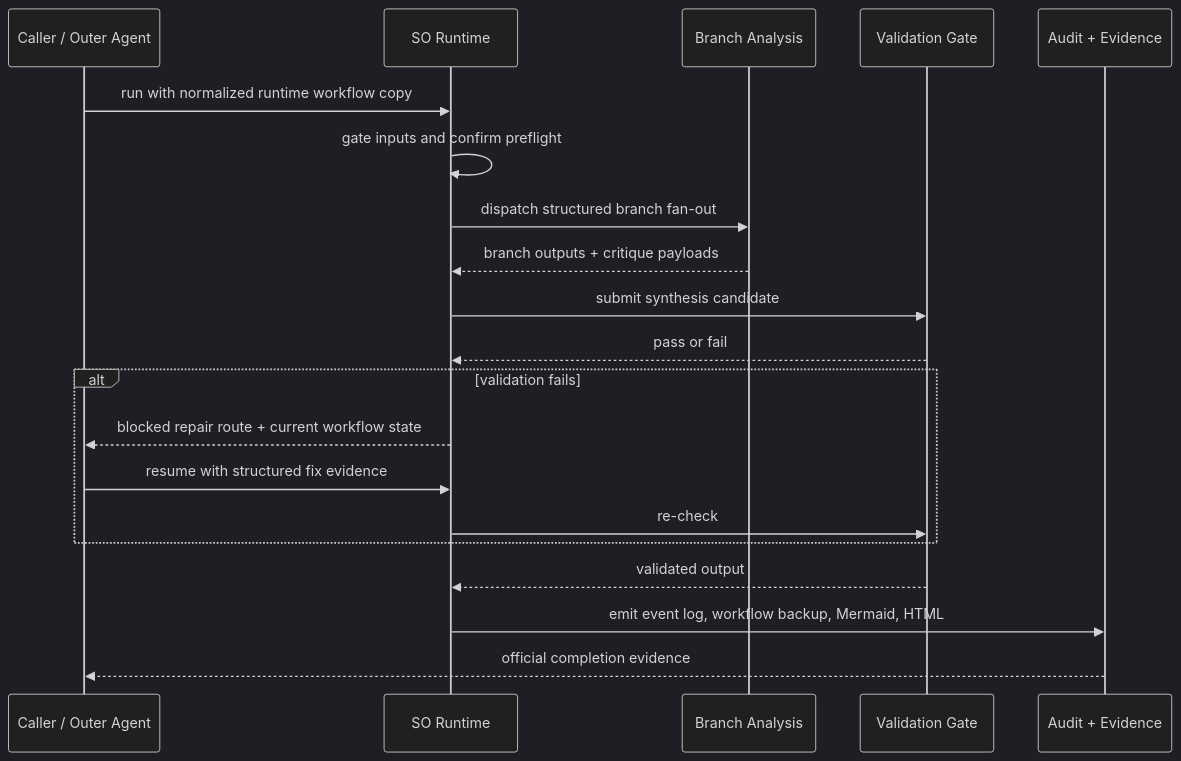
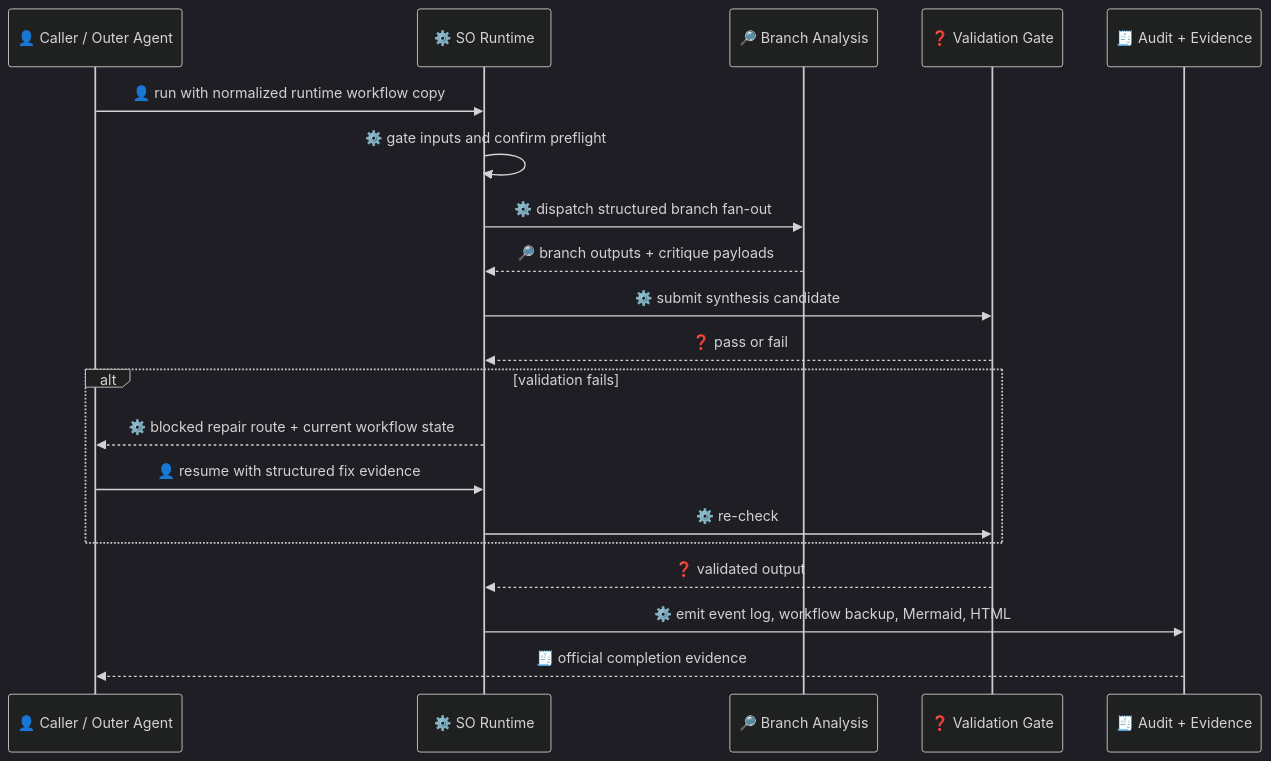
Before and after one commit to waynebaby/Techne-Loom: the second of 2 diagrams in docs/en/examples/so-enhanced-skill-run.md, drawn with Mermaid (dark theme). The commit also changed other lines of this file and 19 other files, not shown here.

Commit message:
Standardize Mermaid accessibility across docs

````diff
--- a/docs/en/examples/so-enhanced-skill-run.md
+++ b/docs/en/examples/so-enhanced-skill-run.md
@@ -57,23 +75,23 @@
 ```mermaid
 sequenceDiagram
-    participant Caller as Caller / Outer Agent
-    participant SO as SO Runtime
-    participant Branches as Branch Analysis
-    participant Validator as Validation Gate
-    participant Audit as Audit + Evidence
+    participant Caller as 👤 Caller / Outer Agent
+    participant SO as ⚙️ SO Runtime
+    participant Branches as 🔎 Branch Analysis
+    participant Validator as ❓ Validation Gate
+    participant Audit as 🧾 Audit + Evidence
 
-    Caller->>SO: run with normalized runtime workflow copy
-    SO->>SO: gate inputs and confirm preflight
-    SO->>Branches: dispatch structured branch fan-out
-    Branches-->>SO: branch outputs + critique payloads
-    SO->>Validator: submit synthesis candidate
-    Validator-->>SO: pass or fail
+    Caller->>SO: 👤 run with normalized runtime workflow copy
+    SO->>SO: ⚙️ gate inputs and confirm preflight
+    SO->>Branches: ⚙️ dispatch structured branch fan-out
+    Branches-->>SO: 🔎 branch outputs + critique payloads
+    SO->>Validator: ⚙️ submit synthesis candidate
+    Validator-->>SO: ❓ pass or fail
     alt validation fails
-        SO-->>Caller: blocked repair route + current workflow state
-        Caller->>SO: resume with structured fix evidence
-        SO->>Validator: re-check
+        SO-->>Caller: ⚙️ blocked repair route + current workflow state
+        Caller->>SO: 👤 resume with structured fix evidence
+        SO->>Validator: ⚙️ re-check
     end
-    Validator-->>SO: validated output
-    SO->>Audit: emit event log, workflow backup, Mermaid, HTML
-    Audit-->>Caller: official completion evidence
+    Validator-->>SO: ❓ validated output
+    SO->>Audit: ⚙️ emit event log, workflow backup, Mermaid, HTML
+    Audit-->>Caller: 🧾 official completion evidence
 ```
````
